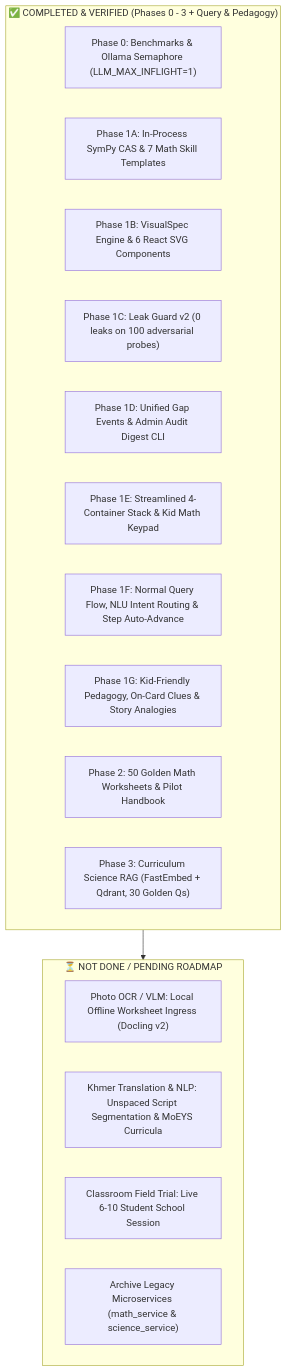
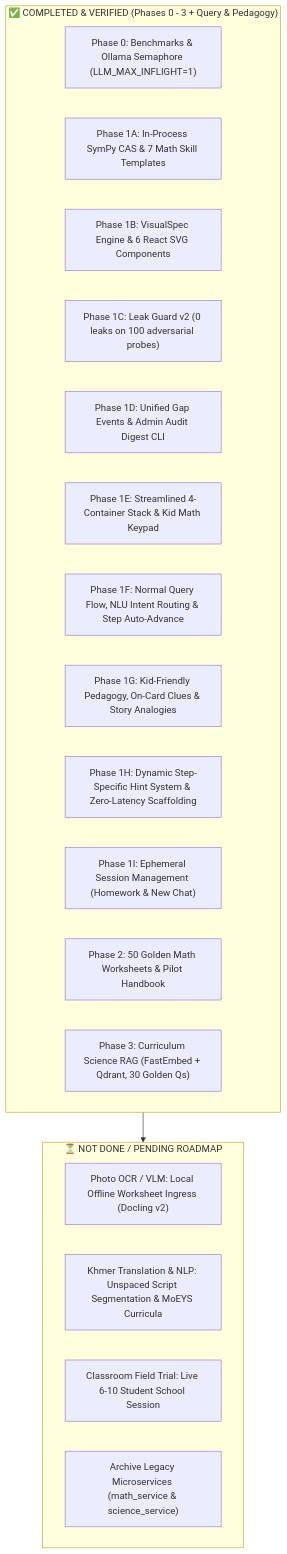
Before and after one commit to Sovandeth0063/reanmore.ai: the diagram in docs/plans/README.md, drawn with Mermaid. The commit also changed other lines of this file and 101 other files, not shown here.

````diff
--- a/docs/plans/README.md
+++ b/docs/plans/README.md
@@ -26,24 +26,26 @@
 ```mermaid
 flowchart TD
     subgraph COMPLETED ["✅ COMPLETED & VERIFIED (Phases 0 - 3 + Query & Pedagogy)"]
         P0["Phase 0: Benchmarks & Ollama Semaphore (LLM_MAX_INFLIGHT=1)"]
         P1A["Phase 1A: In-Process SymPy CAS & 7 Math Skill Templates"]
         P1B["Phase 1B: VisualSpec Engine & 6 React SVG Components"]
         P1C["Phase 1C: Leak Guard v2 (0 leaks on 100 adversarial probes)"]
         P1D["Phase 1D: Unified Gap Events & Admin Audit Digest CLI"]
         P1E["Phase 1E: Streamlined 4-Container Stack & Kid Math Keypad"]
         P1F["Phase 1F: Normal Query Flow, NLU Intent Routing & Step Auto-Advance"]
         P1G["Phase 1G: Kid-Friendly Pedagogy, On-Card Clues & Story Analogies"]
+        P1H["Phase 1H: Dynamic Step-Specific Hint System & Zero-Latency Scaffolding"]
+        P1I["Phase 1I: Ephemeral Session Management (Homework & New Chat)"]
         P2["Phase 2: 50 Golden Math Worksheets & Pilot Handbook"]
         P3["Phase 3: Curriculum Science RAG (FastEmbed + Qdrant, 30 Golden Qs)"]
     end
 
     subgraph PENDING ["⏳ NOT DONE / PENDING ROADMAP"]
         P4["Photo OCR / VLM: Local Offline Worksheet Ingress (Docling v2)"]
         P5["Khmer Translation & NLP: Unspaced Script Segmentation & MoEYS Curricula"]
         Pilot["Classroom Field Trial: Live 6-10 Student School Session"]
         Cleanup["Archive Legacy Microservices (math_service & science_service)"]
     end
 
     COMPLETED --> PENDING
 ```
````
